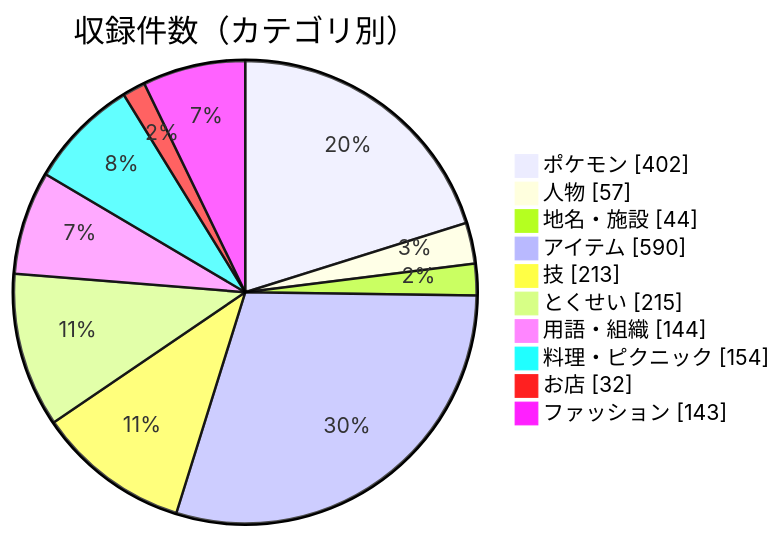
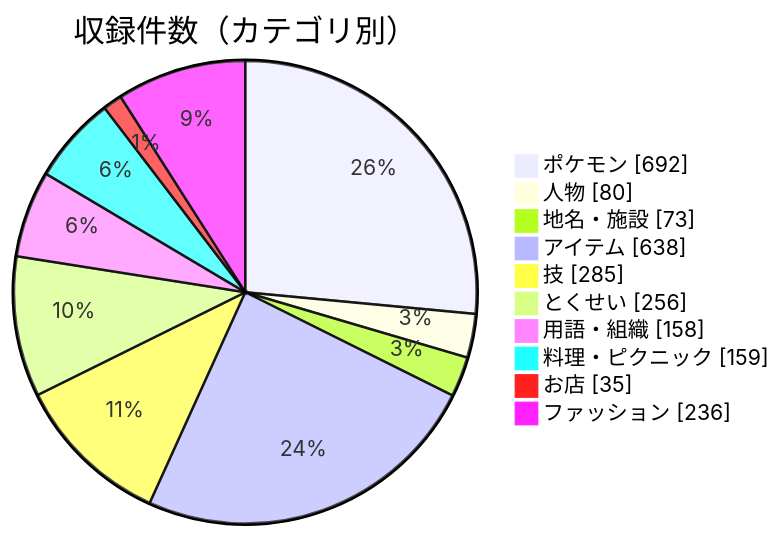
Before and after one commit to kubo-4ka/poke-sv-motoneta: the diagram in docs/COVERAGE.md, drawn with Mermaid. The commit also changed other lines of this file and 20 other files, not shown here.

````diff
--- a/docs/COVERAGE.md
+++ b/docs/COVERAGE.md
@@ -11,13 +11,13 @@
 ```mermaid
 pie showData title 収録件数（カテゴリ別）
-  "ポケモン" : 402
-  "人物" : 57
-  "地名・施設" : 44
-  "アイテム" : 590
-  "技" : 213
-  "とくせい" : 215
-  "用語・組織" : 144
-  "料理・ピクニック" : 154
-  "お店" : 32
-  "ファッション" : 143
+  "ポケモン" : 692
+  "人物" : 80
+  "地名・施設" : 73
+  "アイテム" : 638
+  "技" : 285
+  "とくせい" : 256
+  "用語・組織" : 158
+  "料理・ピクニック" : 159
+  "お店" : 35
+  "ファッション" : 236
 ```
````
